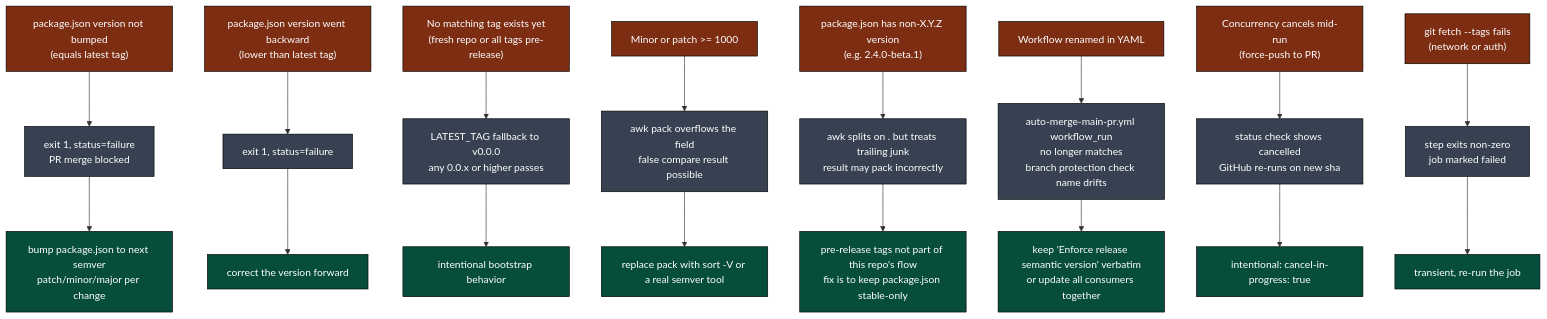
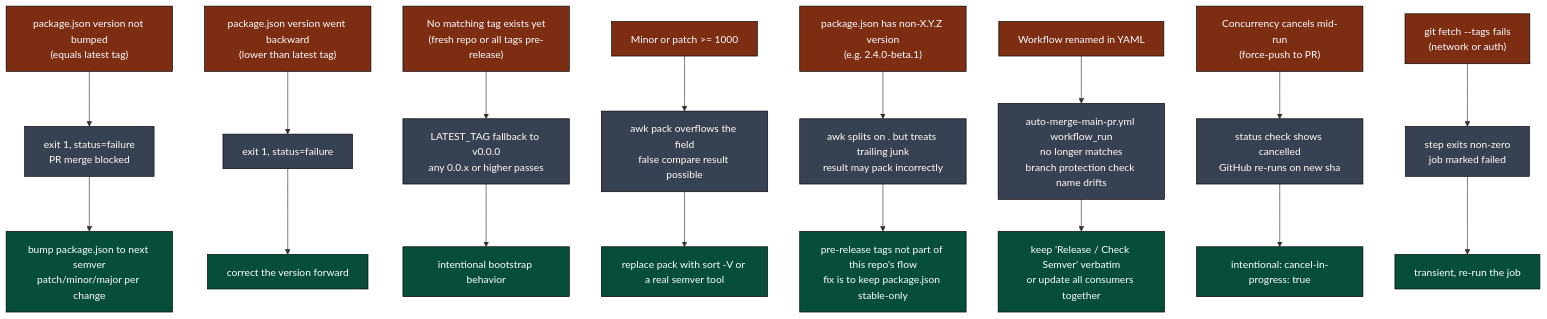
One commit to gregreindel/llm-exe changed the eighth of 9 diagrams in .github/docs/CHECK_SEMVER_DEEP_DIVE.md. Above: the diagram before and after it, drawn with Mermaid. The commit also changed other lines of this file and 5 other files, not shown here.

````diff
--- a/.github/docs/CHECK_SEMVER_DEEP_DIVE.md
+++ b/.github/docs/CHECK_SEMVER_DEEP_DIVE.md
@@ -304,43 +304,43 @@
 ```mermaid
 flowchart TB
     classDef fail fill:#7c2d12,color:#fff,stroke:#000
     classDef effect fill:#374151,color:#fff,stroke:#000
     classDef fix fill:#064e3b,color:#fff,stroke:#000
 
     F1["package.json version not bumped\n(equals latest tag)"]:::fail
     F1 --> F1E["exit 1, status=failure\nPR merge blocked"]:::effect
     F1E --> F1X["bump package.json to next semver\npatch/minor/major per change"]:::fix
 
     F2["package.json version went backward\n(lower than latest tag)"]:::fail
     F2 --> F2E["exit 1, status=failure"]:::effect
     F2E --> F2X["correct the version forward"]:::fix
 
     F3["No matching tag exists yet\n(fresh repo or all tags pre-release)"]:::fail
     F3 --> F3E["LATEST_TAG fallback to v0.0.0\nany 0.0.x or higher passes"]:::effect
     F3E --> F3X["intentional bootstrap behavior"]:::fix
 
     F4["Minor or patch &gt;= 1000"]:::fail
     F4 --> F4E["awk pack overflows the field\nfalse compare result possible"]:::effect
     F4X["replace pack with sort -V or a real semver tool"]:::fix
     F4E --> F4X
 
     F5["package.json has non-X.Y.Z version\n(e.g. 2.4.0-beta.1)"]:::fail
     F5 --> F5E["awk splits on . but treats trailing junk\nresult may pack incorrectly"]:::effect
     F5X["pre-release tags not part of this repo's flow\nfix is to keep package.json stable-only"]:::fix
     F5E --> F5X
 
     F6["Workflow renamed in YAML"]:::fail
     F6 --> F6E["auto-merge-main-pr.yml workflow_run\nno longer matches\nbranch protection check name drifts"]:::effect
-    F6X["keep 'Enforce release semantic version' verbatim\nor update all consumers together"]:::fix
+    F6X["keep 'Release / Check Semver' verbatim\nor update all consumers together"]:::fix
     F6E --> F6X
 
     F7["Concurrency cancels mid-run\n(force-push to PR)"]:::fail
     F7 --> F7E["status check shows cancelled\nGitHub re-runs on new sha"]:::effect
     F7X["intentional: cancel-in-progress: true"]:::fix
     F7E --> F7X
 
     F8["git fetch --tags fails\n(network or auth)"]:::fail
     F8 --> F8E["step exits non-zero\njob marked failed"]:::effect
     F8X["transient, re-run the job"]:::fix
     F8E --> F8X
 ```
````
